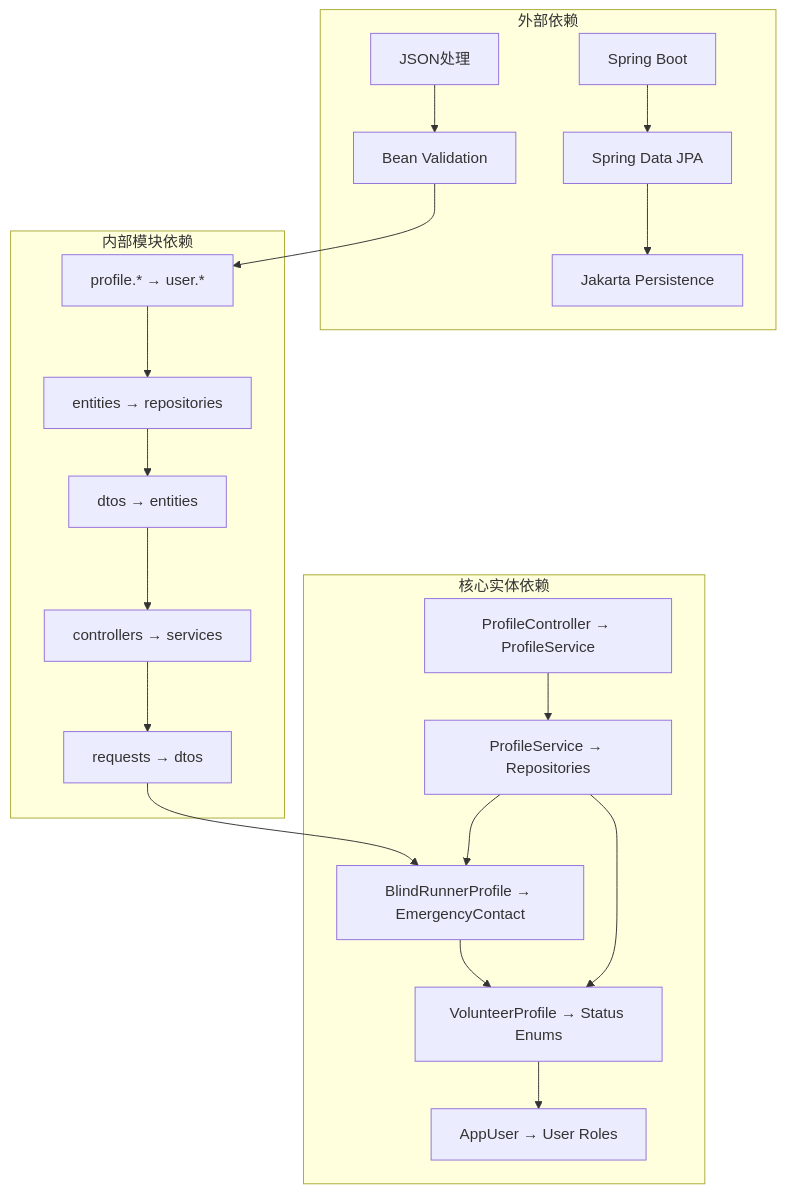
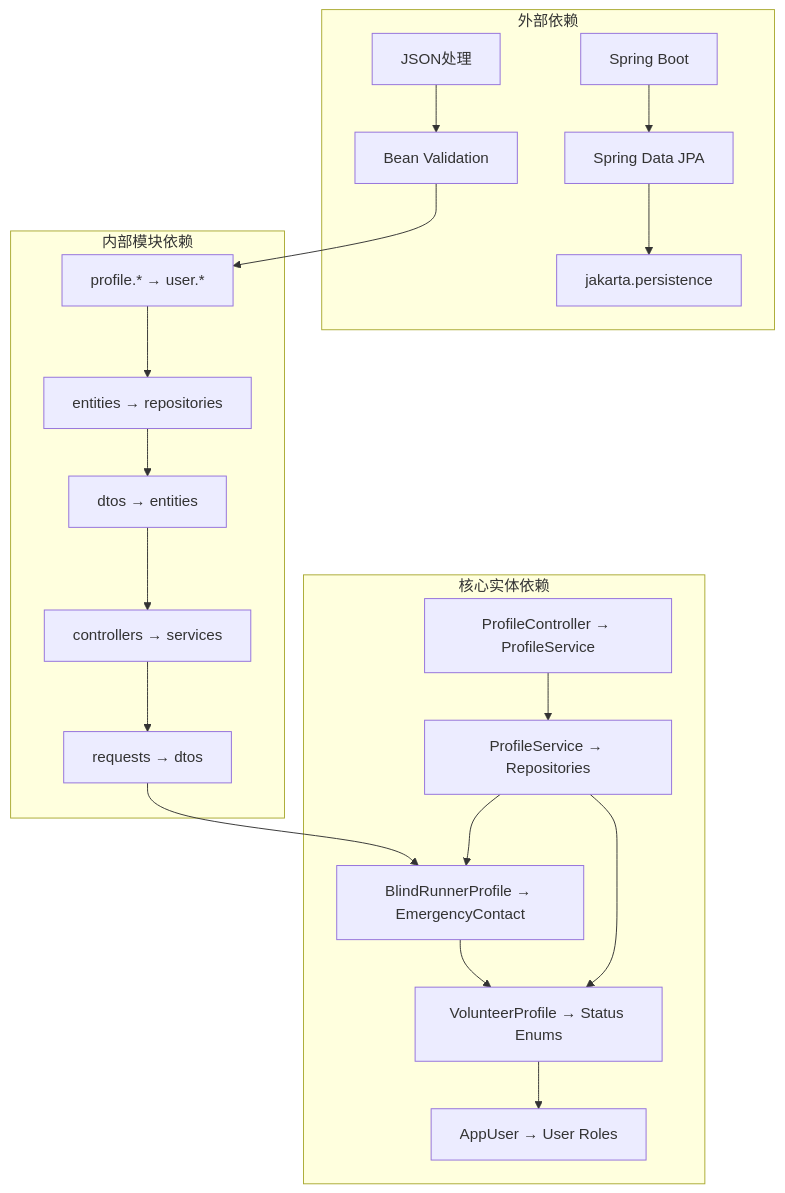
Diagram 13 of 15 in .qoder/repowiki/zh/content/架构设计/模块化架构设计/Core 核心模块/个人资料管理模块.md (Jayden23018/blind-run-ios), drawn with Mermaid before and after one commit. The commit also changed other lines of this file and 9 other files, not shown here.

````diff
--- a/.qoder/repowiki/zh/content/架构设计/模块化架构设计/Core 核心模块/个人资料管理模块.md
+++ b/.qoder/repowiki/zh/content/架构设计/模块化架构设计/Core 核心模块/个人资料管理模块.md
@@ -817,38 +818,38 @@
 ```mermaid
 graph TB
 subgraph "外部依赖"
 A[Spring Boot]
 B[Spring Data JPA]
-C[Jakarta Persistence]
+C[jakarta.persistence]
 D[JSON处理]
 E[Bean Validation]
 end
 subgraph "内部模块依赖"
 F[profile.* → user.*]
 G[entities → repositories]
 H[dtos → entities]
 I[controllers → services]
 J[requests → dtos]
 end
 subgraph "核心实体依赖"
 K[BlindRunnerProfile → EmergencyContact]
 L[VolunteerProfile → Status Enums]
 M[AppUser → User Roles]
 N[ProfileController → ProfileService]
 O[ProfileService → Repositories]
 end
 A --> B
 B --> C
 D --> E
 E --> F
 F --> G
 G --> H
 H --> I
 I --> J
 J --> K
 K --> L
 L --> M
 N --> O
 O --> K
 O --> L
 ```
````
